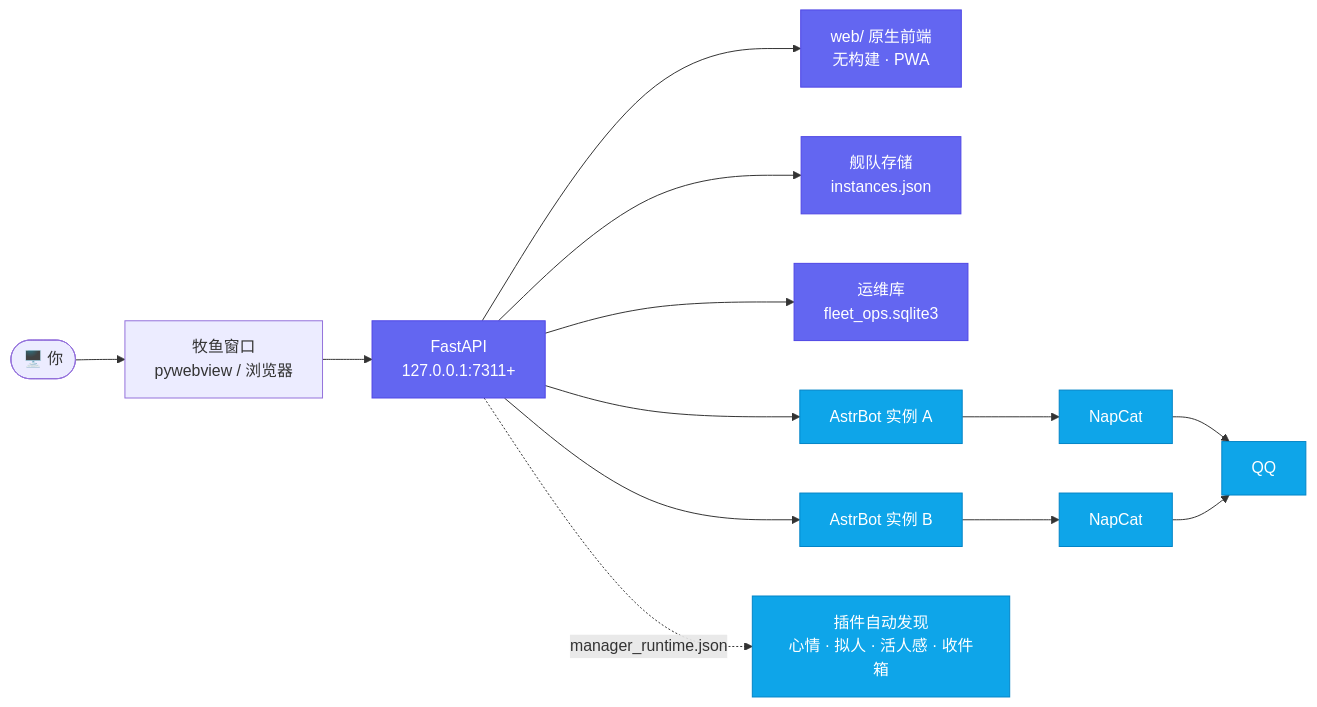
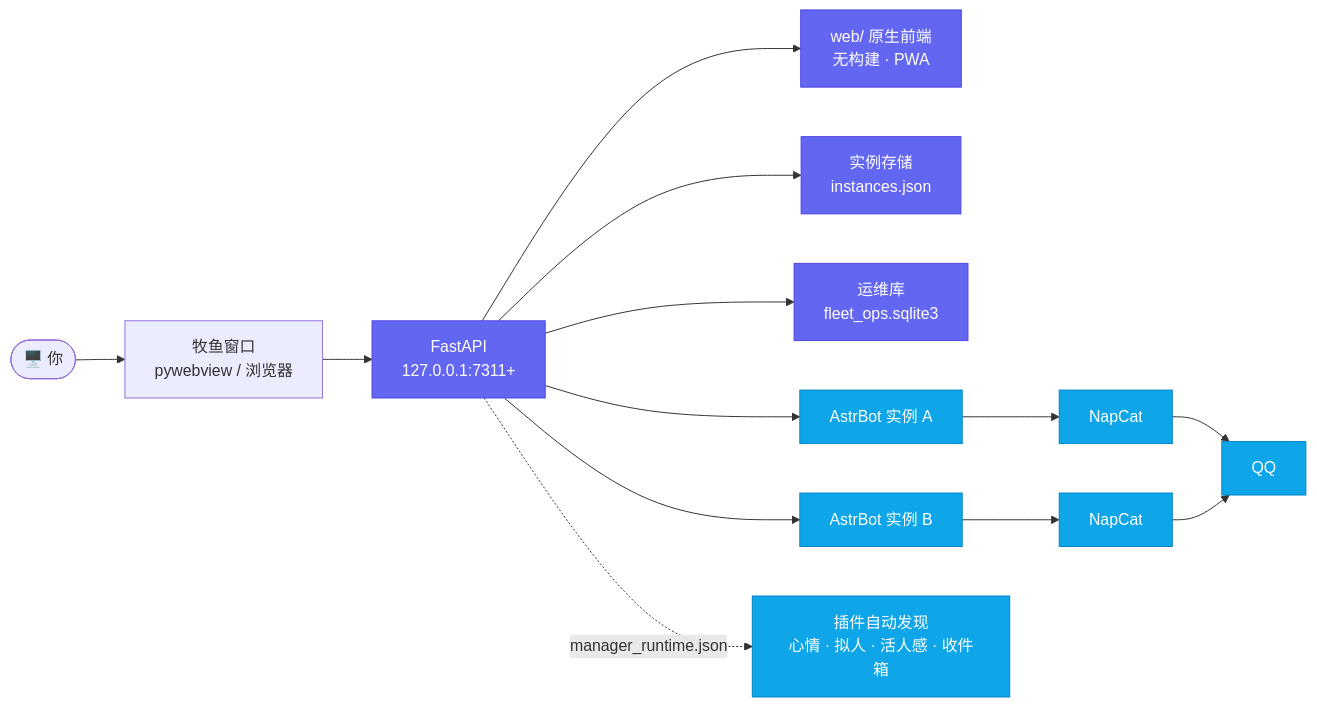
One commit to nansheng1810/muyu-manager changed the first of 2 diagrams in README.md. Above: the diagram before and after it, drawn with Mermaid. The commit also changed other lines of this file, not shown here.

````diff
--- a/README.md
+++ b/README.md
@@ -103,20 +103,20 @@
 ```mermaid
 flowchart LR
     U(["🖥️ 你"]) --> W["牧鱼窗口<br/>pywebview / 浏览器"]
     W --> API["FastAPI<br/>127.0.0.1:7311+"]
     API --> WEB["web/ 原生前端<br/>无构建 · PWA"]
-    API --> FLEET["舰队存储<br/>instances.json"]
+    API --> FLEET["实例存储<br/>instances.json"]
     API --> OPS["运维库<br/>fleet_ops.sqlite3"]
     API --> INST1["AstrBot 实例 A"]
     API --> INST2["AstrBot 实例 B"]
     INST1 --> NC1["NapCat"]
     INST2 --> NC2["NapCat"]
     NC1 --> QQ["QQ"]
     NC2 --> QQ
     API -. "manager_runtime.json" .-> PLUG["插件自动发现<br/>心情 · 拟人 · 活人感 · 收件箱"]
 
     classDef core fill:#6366f1,stroke:#4f46e5,color:#fff
     classDef ext fill:#0ea5e9,stroke:#0284c7,color:#fff
     class API,WEB,FLEET,OPS core
     class INST1,INST2,NC1,NC2,QQ,PLUG ext
 ```
````
